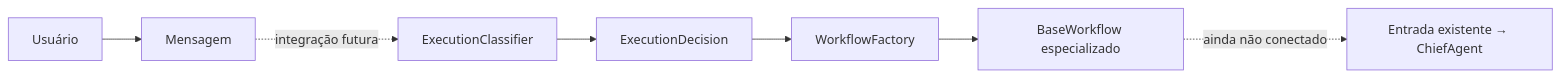
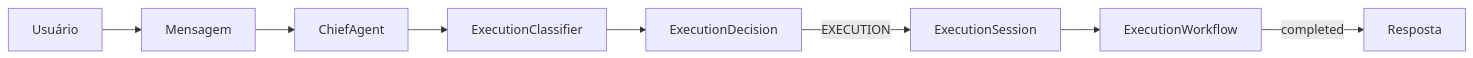
The first of 6 diagrams in docs/MULTIAGENT_ARCHITECTURE.md (eltonjr13/kaoz.1), drawn with Mermaid before and after one commit. The commit also changed other lines of this file and 31 other files, not shown here.

Commit message:
multi-agent orchestration architecture including chief, execution, workflow, and flow agent services

````diff
--- a/docs/MULTIAGENT_ARCHITECTURE.md
+++ b/docs/MULTIAGENT_ARCHITECTURE.md
@@ -14,9 +13,10 @@
 ```mermaid
 flowchart LR
     U0["Usuário"] --> M0["Mensagem"]
-    M0 -. "integração futura" .-> EC0["ExecutionClassifier"]
+    M0 --> C0["ChiefAgent"]
+    C0 --> EC0["ExecutionClassifier"]
     EC0 --> ED0["ExecutionDecision"]
-    ED0 --> WF0["WorkflowFactory"]
-    WF0 --> BW0["BaseWorkflow especializado"]
-    BW0 -. "ainda não conectado" .-> C0["Entrada existente → ChiefAgent"]
+    ED0 -->|"EXECUTION"| ES0["ExecutionSession"]
+    ES0 --> BW0["ExecutionWorkflow"]
+    BW0 -->|"completed"| R0["Resposta"]
 ```
````
